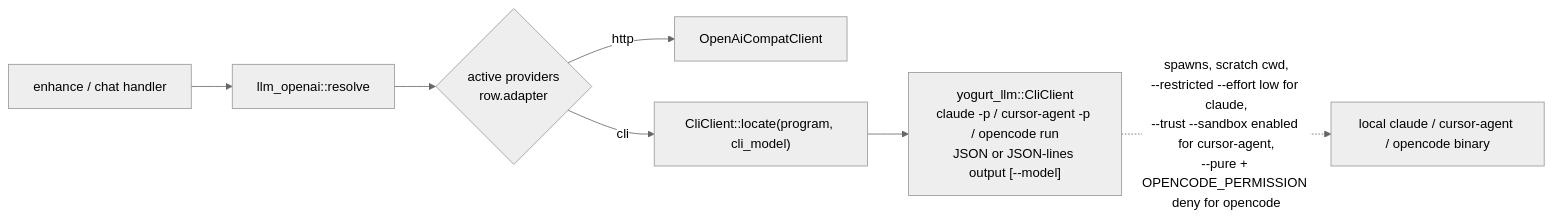
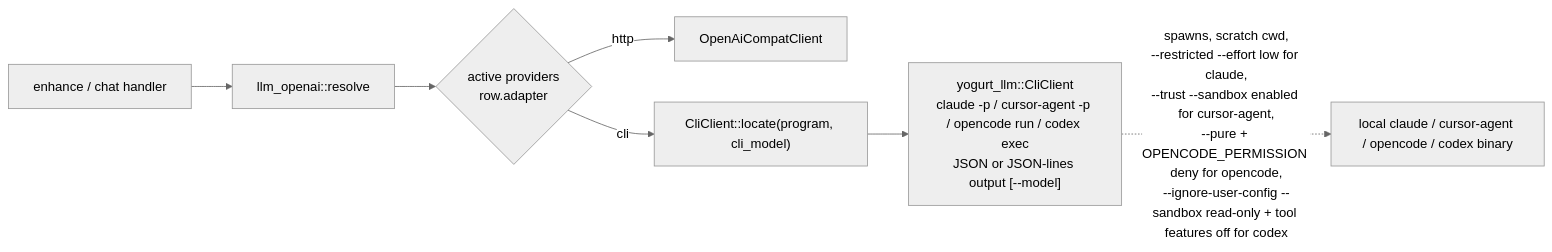
One commit to jarvisrchen/yogurt changed the ninth of 14 diagrams in docs/ARCHITECTURE.md. Above: the diagram before and after it, drawn with Mermaid (neutral theme). The commit also changed other lines of this file and 12 other files, not shown here.

First line of the commit message:
LLM-16: Add Codex as a local CLI provider and hide model Refresh for Claude Code (#257)

````diff
--- a/docs/ARCHITECTURE.md
+++ b/docs/ARCHITECTURE.md
@@ -579,9 +579,9 @@
 ```mermaid
 graph LR
     ENH2["enhance / chat handler"] --> RES["llm_openai::resolve"]
     RES --> ROW{"active providers<br/>row.adapter"}
     ROW -->|"http"| PRIM["OpenAiCompatClient"]
     ROW -->|"cli"| DIRECT["CliClient::locate(program, cli_model)"]
-    DIRECT --> CLI["yogurt_llm::CliClient<br/>claude -p / cursor-agent -p / opencode run<br/>JSON or JSON-lines output [--model]"]
-    CLI -.->|"spawns, scratch cwd,<br/>--restricted --effort low for claude,<br/>--trust --sandbox enabled for cursor-agent,<br/>--pure + OPENCODE_PERMISSION deny for opencode"| BIN["local claude / cursor-agent / opencode binary"]
+    DIRECT --> CLI["yogurt_llm::CliClient<br/>claude -p / cursor-agent -p / opencode run / codex exec<br/>JSON or JSON-lines output [--model]"]
+    CLI -.->|"spawns, scratch cwd,<br/>--restricted --effort low for claude,<br/>--trust --sandbox enabled for cursor-agent,<br/>--pure + OPENCODE_PERMISSION deny for opencode,<br/>--ignore-user-config --sandbox read-only + tool features off for codex"| BIN["local claude / cursor-agent / opencode / codex binary"]
 ```
````
